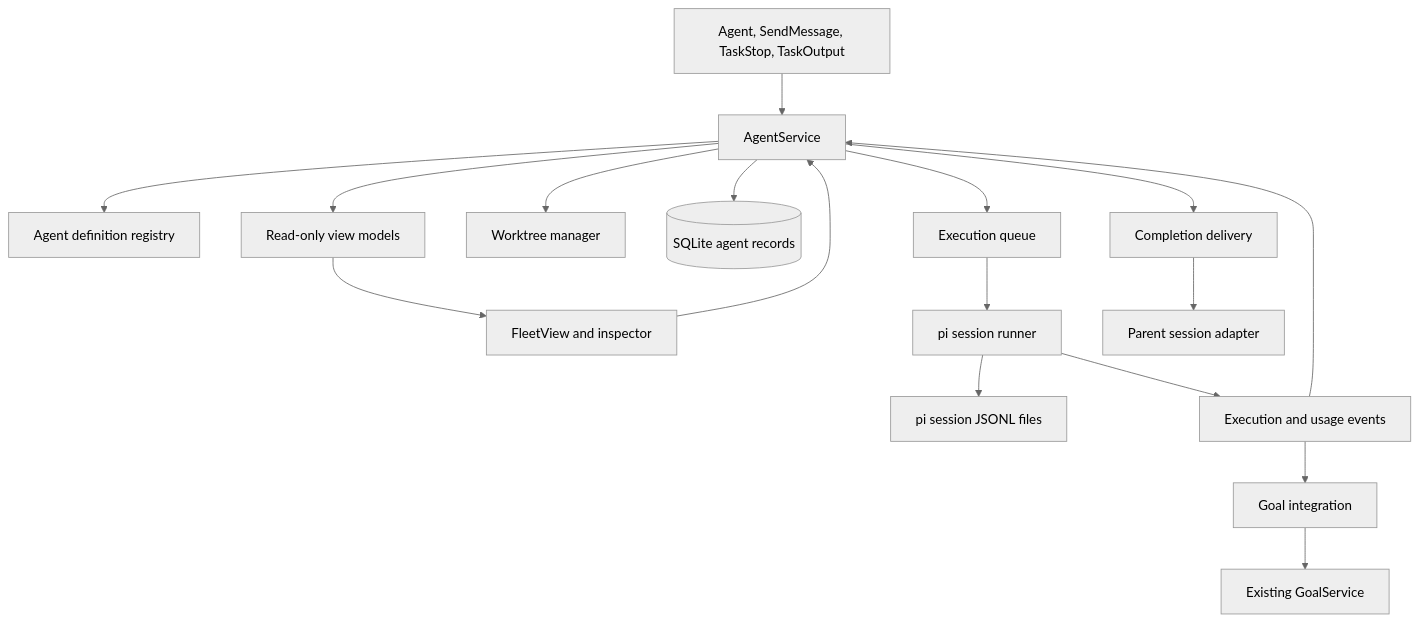
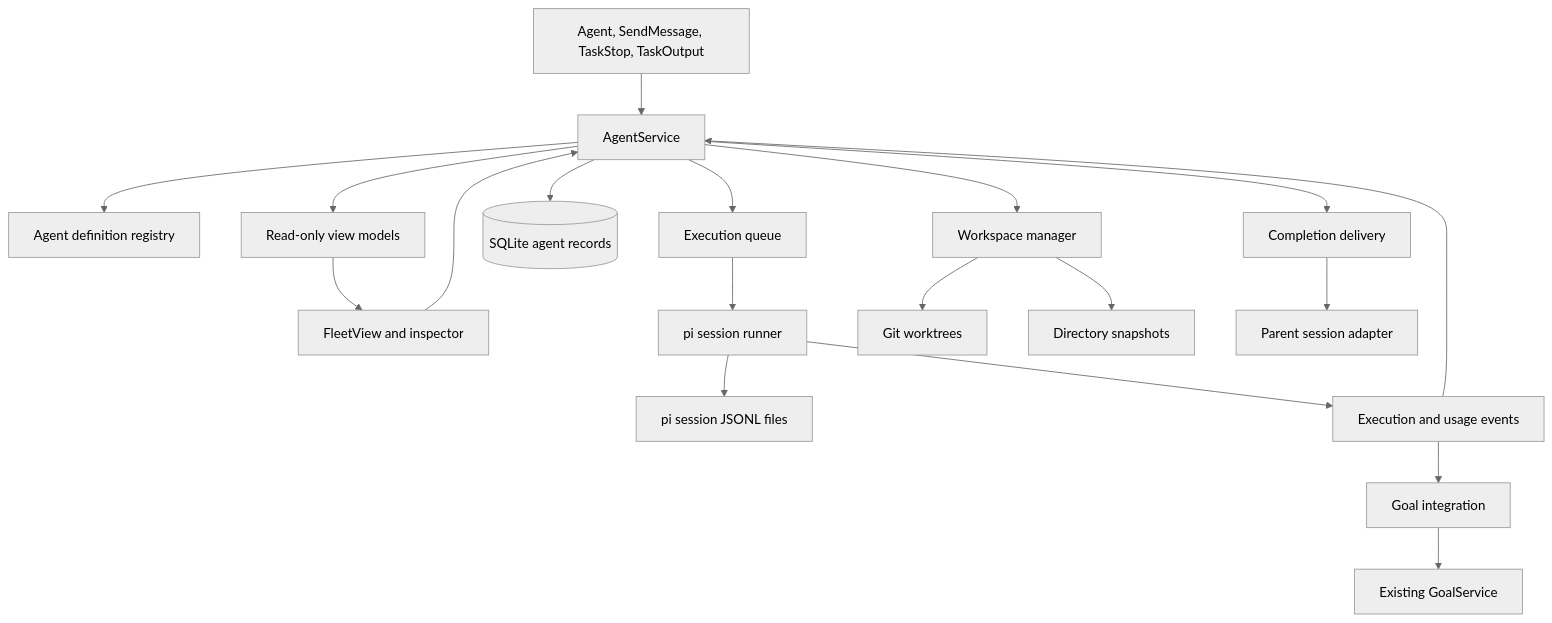
The first of 6 diagrams in docs/arch/subagents.md (WeZZard/pi-secretary), drawn with Mermaid (neutral theme) before and after one commit. The commit also changed other lines of this file and 10 other files, not shown here.

````diff
--- a/docs/arch/subagents.md
+++ b/docs/arch/subagents.md
@@ -52,19 +52,21 @@
 ```mermaid
 flowchart TB
     Tools[Agent, SendMessage, TaskStop, TaskOutput] --> Service[AgentService]
     UI[FleetView and inspector] --> Service
     Service --> Registry[Agent definition registry]
     Service --> Scheduler[Execution queue]
     Scheduler --> Runner[pi session runner]
-    Service --> Worktrees[Worktree manager]
+    Service --> Workspaces[Workspace manager]
+    Workspaces --> Worktrees[Git worktrees]
+    Workspaces --> Snapshots[Directory snapshots]
     Service --> Store[(SQLite agent records)]
     Runner --> Sessions[pi session JSONL files]
     Runner --> Events[Execution and usage events]
     Events --> Service
     Service --> Delivery[Completion delivery]
     Delivery --> Parent[Parent session adapter]
     Service --> Views[Read-only view models]
     Views --> UI
     Events --> Goals[Goal integration]
     Goals --> GoalService[Existing GoalService]
 ```
````
